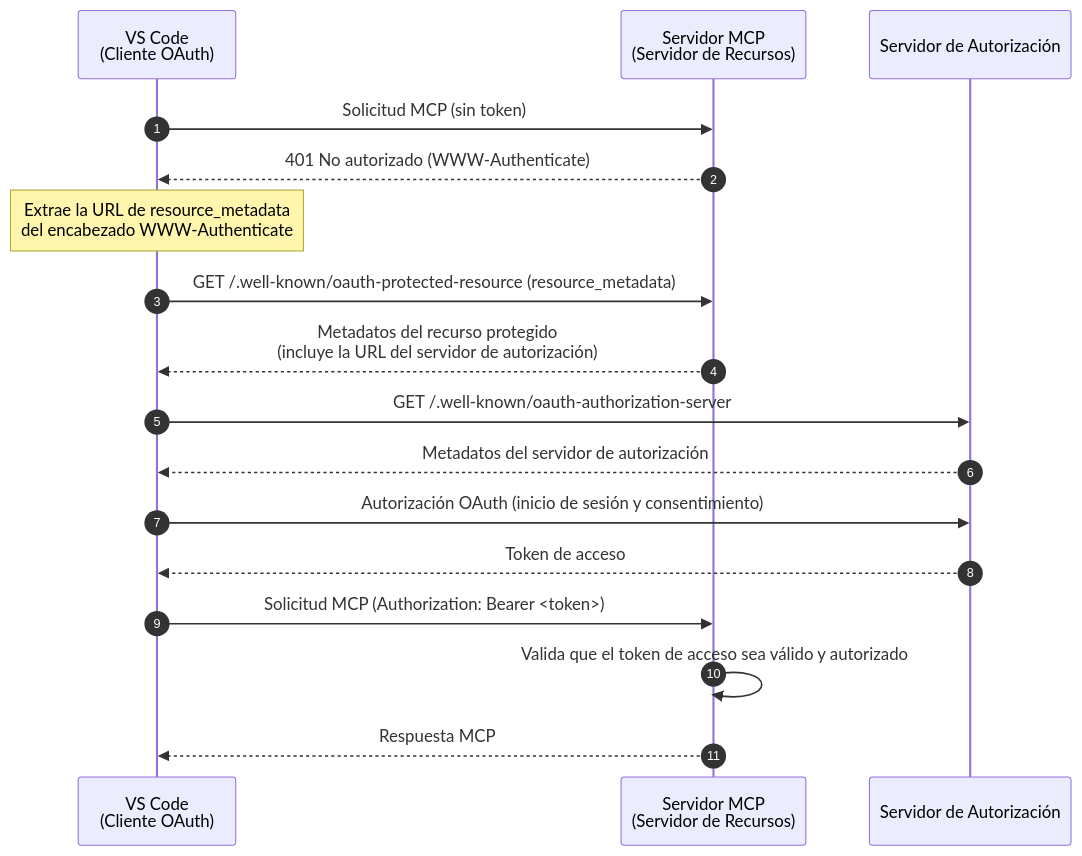
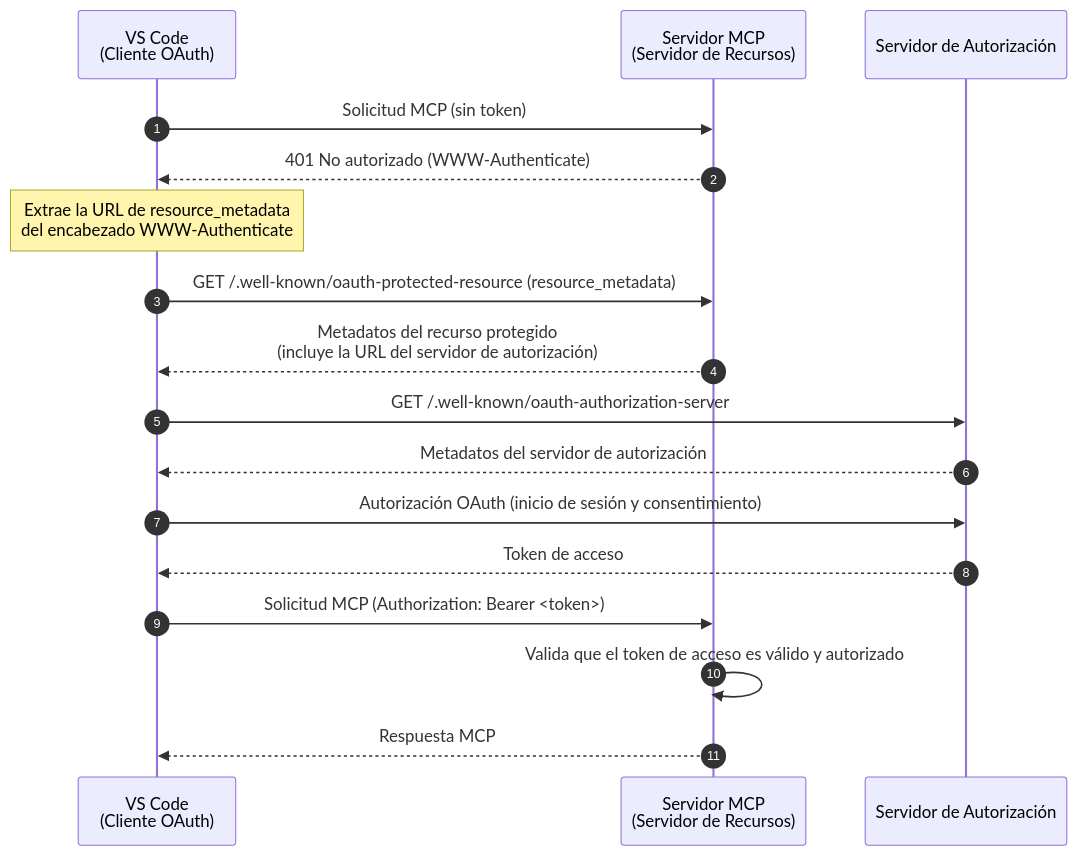
One commit to mcp-auth/docs changed the first of 2 diagrams in i18n/es/docusaurus-plugin-content-docs/current/tutorials/todo-manager/README.mdx. Above: the diagram before and after it, drawn with Mermaid. The commit also changed other lines of this file and 9 other files, not shown here.

````diff
--- a/i18n/es/docusaurus-plugin-content-docs/current/tutorials/todo-manager/README.mdx
+++ b/i18n/es/docusaurus-plugin-content-docs/current/tutorials/todo-manager/README.mdx
@@ -40,23 +40,23 @@
 ```mermaid
 sequenceDiagram
   autonumber
   participant Client as VS Code<br/>(Cliente OAuth)
   participant RS as Servidor MCP<br/>(Servidor de Recursos)
   participant AS as Servidor de Autorización
 
   Client->>RS: Solicitud MCP (sin token)
   RS-->>Client: 401 No autorizado (WWW-Authenticate)
   Note over Client: Extrae la URL de resource_metadata<br/>del encabezado WWW-Authenticate
 
   Client->>RS: GET /.well-known/oauth-protected-resource (resource_metadata)
   RS-->>Client: Metadatos del recurso protegido<br/>(incluye la URL del servidor de autorización)
 
   Client->>AS: GET /.well-known/oauth-authorization-server
   AS-->>Client: Metadatos del servidor de autorización
   Client->>AS: Autorización OAuth (inicio de sesión y consentimiento)
   AS-->>Client: Token de acceso
 
   Client->>RS: Solicitud MCP (Authorization: Bearer <token>)
-  RS->>RS: Valida que el token de acceso sea válido y autorizado
+  RS->>RS: Valida que el token de acceso es válido y autorizado
   RS-->>Client: Respuesta MCP
 ```
````
